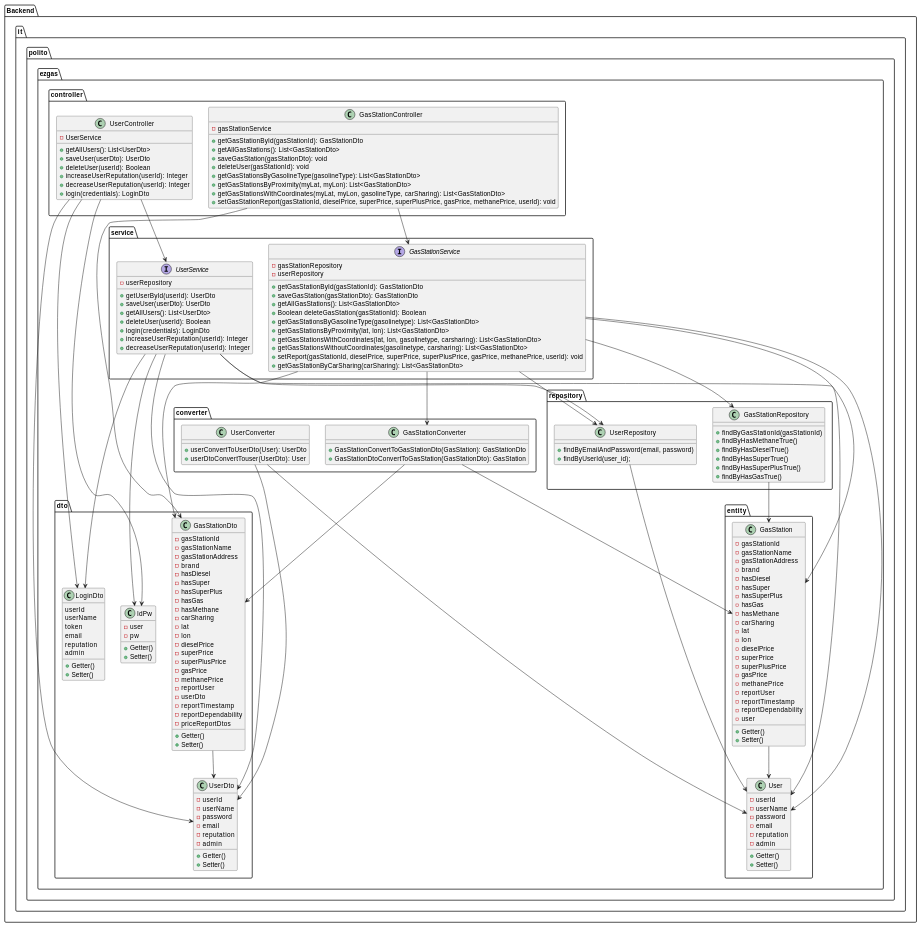
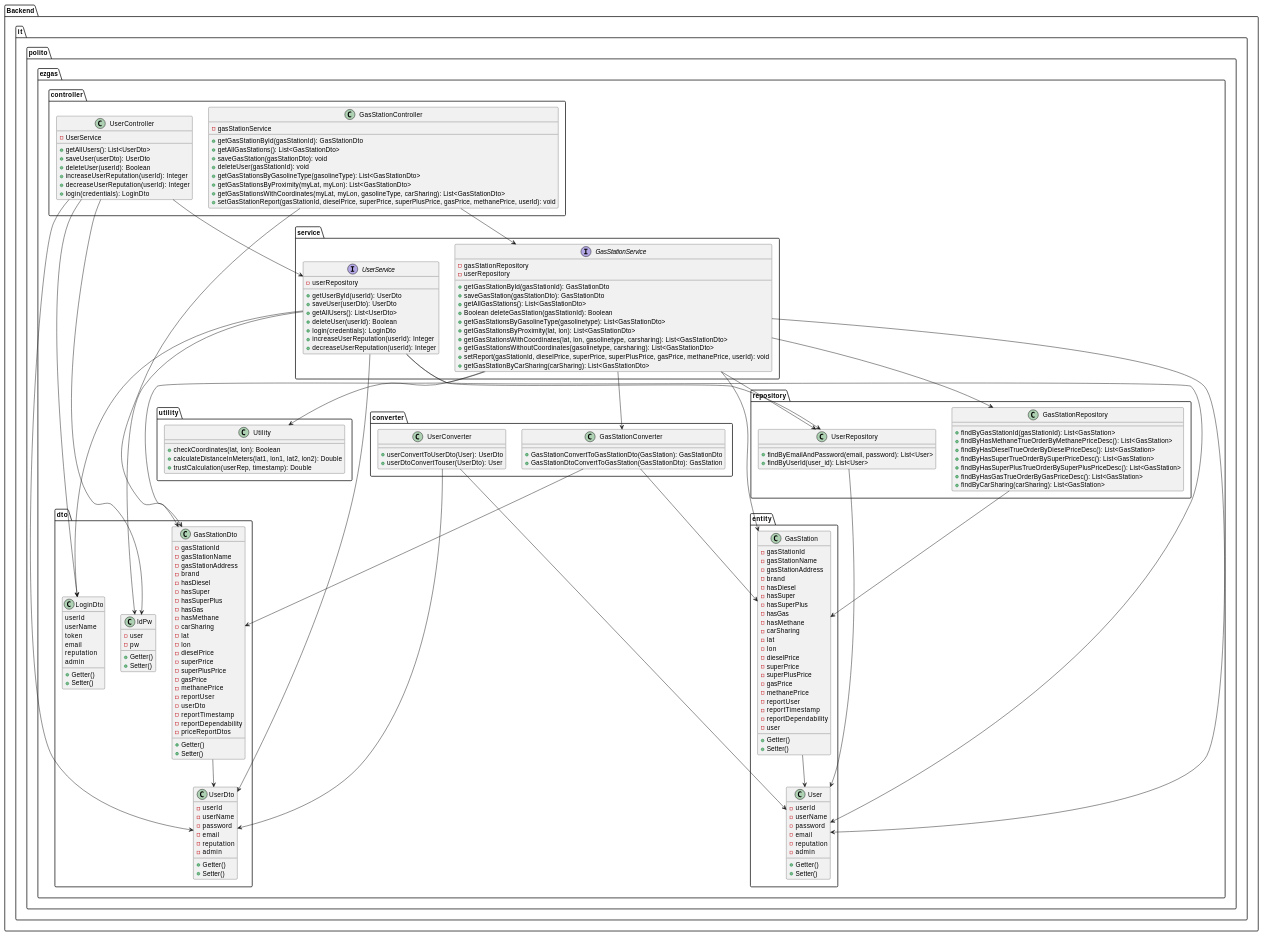
The fourth of 14 diagrams in docs/DesignDocument.md (SE2-group4/SE1-project), drawn with PlantUML before and after one commit. The commit also changed other lines of this file, not shown here.

```diff
--- a/docs/DesignDocument.md
+++ b/docs/DesignDocument.md
@@ -263,6 +263,14 @@
         + increaseUserReputation(userId): Integer
         + decreaseUserReputation(userId): Integer
         + login(credentials): LoginDto
+    }
+}
+
+package "it.polito.ezgas.utility"{
+    class Utility{
+        + checkCoordinates(lat, lon): Boolean
+        + calculateDistanceInMeters(lat1, lon1, lat2, lon2): Double
+        + trustCalculation(userRep, timestamp): Double
     }
 }
 
@@ -374,17 +382,18 @@
 
 package "it.polito.ezgas.repository" {
     class GasStationRepository{
-        + findByGasStationId(gasStationId)
-        + findByHasMethaneTrue()
-	    + findByHasDieselTrue()
-	    + findByHasSuperTrue()
-	    + findByHasSuperPlusTrue()
-	    + findByHasGasTrue()
+        + findByGasStationId(gasStationId): List<GasStation>
+        + findByHasMethaneTrueOrderByMethanePriceDesc(): List<GasStation> 
+	    + findByHasDieselTrueOrderByDieselPriceDesc(): List<GasStation>
+	    + findByHasSuperTrueOrderBySuperPriceDesc(): List<GasStation>
+	    + findByHasSuperPlusTrueOrderBySuperPlusPriceDesc():  List<GasStation>
+	    + findByHasGasTrueOrderByGasPriceDesc():  List<GasStation>
+        + findByCarSharing(carSharing): List<GasStation>
     }
 
     class UserRepository{
-        + findByEmailAndPassword(email, password)
-        + findByUserId(user_id);
+        + findByEmailAndPassword(email, password): List<User>
+        + findByUserId(user_id): List<User>
     }
 }
 
@@ -413,6 +422,7 @@
 GasStationService --> GasStation
 GasStationService --> GasStationDto
 GasStationService --> GasStationConverter
+GasStationService --> Utility
 
 ''' UserRepository dependencies '''
 UserRepository --> User
```
